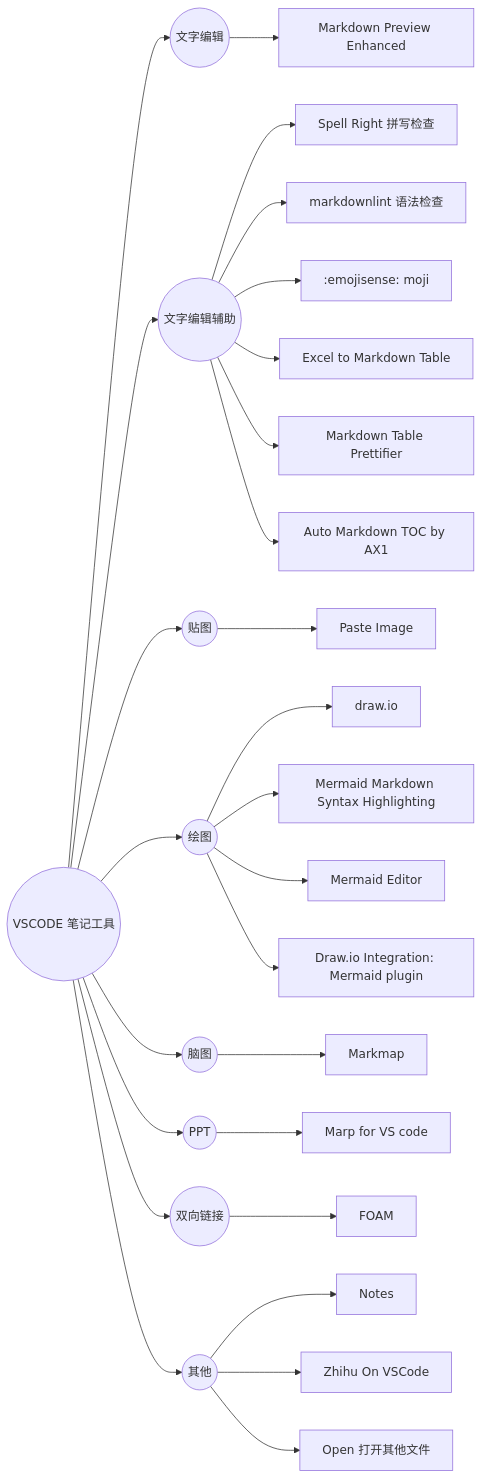
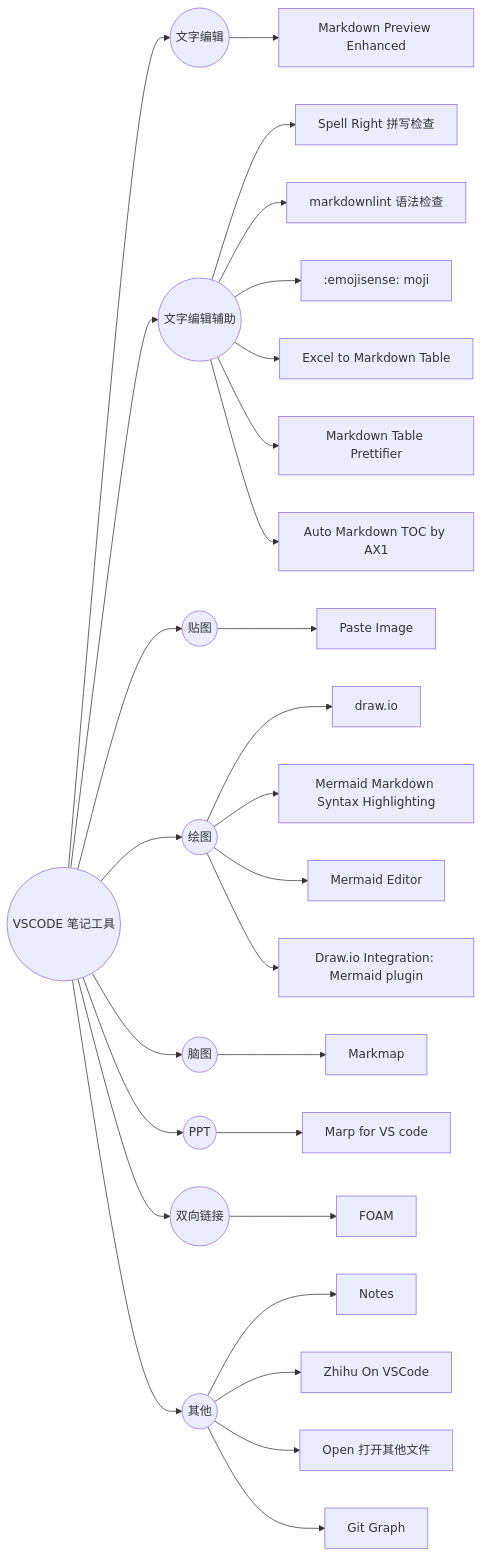
Before and after one commit to jeffatoptics/zhihu: the diagram in figure.mmd, drawn with Mermaid. The commit also changed 1 other file, not shown here.

Commit message:
:memo: add git graph tool to exension paper

```diff
--- a/figure.mmd
+++ b/figure.mmd
@@ -1,37 +1,38 @@
 graph LR
 A((VSCODE 笔记工具))
 A0((文字编辑))
 A1((文字编辑辅助))
 A11((贴图))
 A2((绘图))
 A3((脑图))
 A4((PPT))
 A5((双向链接))
 A6((其他))
 B[Markdown Preview Enhanced]
 C[Paste Image]
 D[Open 打开其他文件]
 E[Spell Right 拼写检查]
 F[markdownlint 语法检查]
 G[:emojisense: moji]
 H[Excel to Markdown Table]
 I[Markdown Table Prettifier]
 J[Auto Markdown TOC by AX1]
 K["draw.io"]
 L[Mermaid Markdown Syntax Highlighting]
 M[Mermaid Editor]
 N["Draw.io Integration: Mermaid plugin"]
 O[Markmap]
 P[Marp for VS code]
 Q[Zhihu On VSCode]
 R[Notes]
 S[FOAM]
+T[Git Graph]
 A-->A0 & A1 & A11 & A2 & A3 & A4 & A5 & A6
 A0-->B
 A1-->E & F & G & H & I & J
 A11-->C
 A2-->K & L & M & N
 A3-->O
 A4-->P
 A5-->S
-A6-->R & Q & D
+A6-->R & Q & D & T
```
